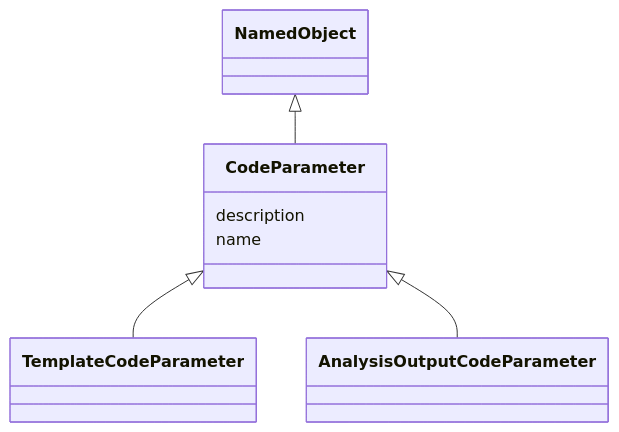
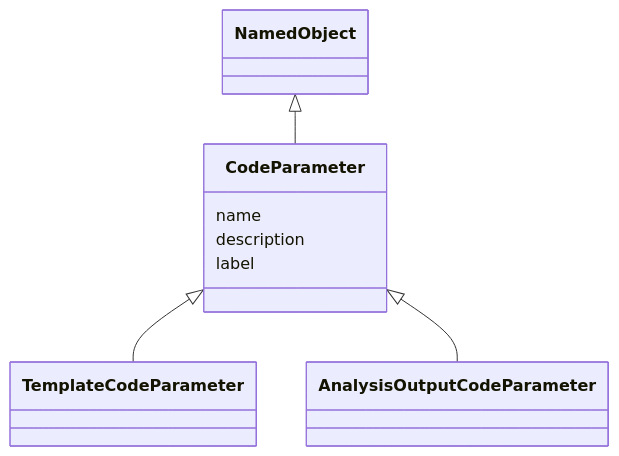
One commit to cdisc-org/analysis-results-standard changed the diagram in project/docs/CodeParameter.md. Above: the diagram before and after it, drawn with Mermaid. The commit also changed other lines of this file and 132 other files, not shown here.

````diff
--- a/project/docs/CodeParameter.md
+++ b/project/docs/CodeParameter.md
@@ -12,13 +12,15 @@
 ```mermaid
  classDiagram
     class CodeParameter
       NamedObject <|-- CodeParameter
       CodeParameter <|-- TemplateCodeParameter
       CodeParameter <|-- AnalysisOutputCodeParameter
             
+      CodeParameter : name
+        
       CodeParameter : description
         
-      CodeParameter : name
+      CodeParameter : label
         
       
 ```
````
